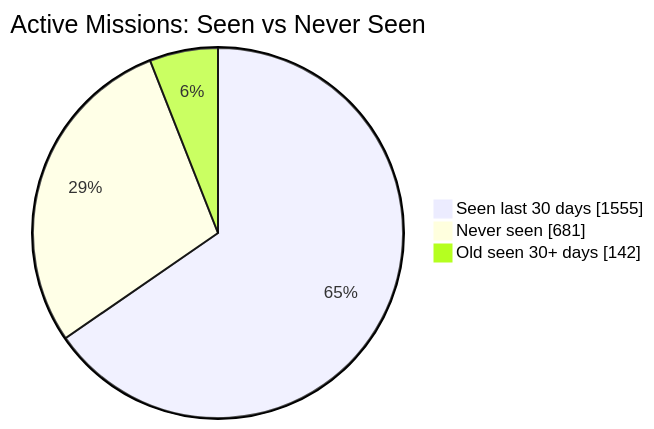
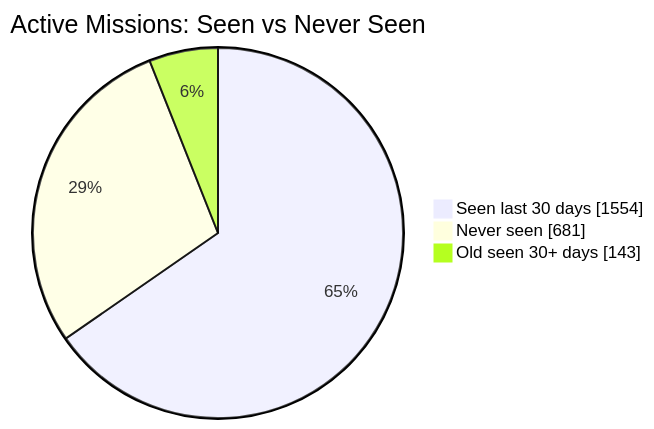
One commit to MeldkamerspelGameTeam/active-missions changed the first of 2 diagrams in README.md. Above: the diagram before and after it, drawn with Mermaid. The commit also changed other lines of this file and 3 other files, not shown here.

````diff
--- a/README.md
+++ b/README.md
@@ -34,7 +34,7 @@
 ```mermaid
 pie showData
     title Active Missions: Seen vs Never Seen
-    "Seen last 30 days" : 1555
+    "Seen last 30 days" : 1554
     "Never seen" : 681
-    "Old seen 30+ days" : 142
+    "Old seen 30+ days" : 143
 ```
````
